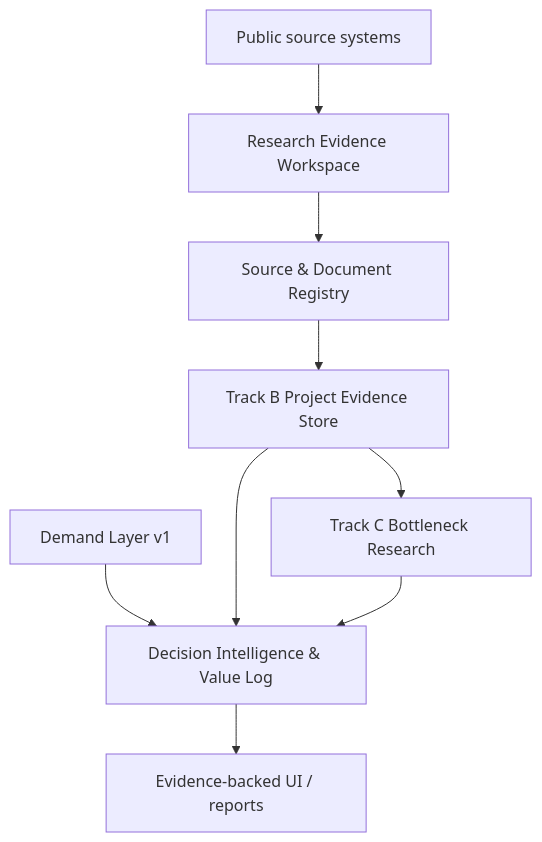
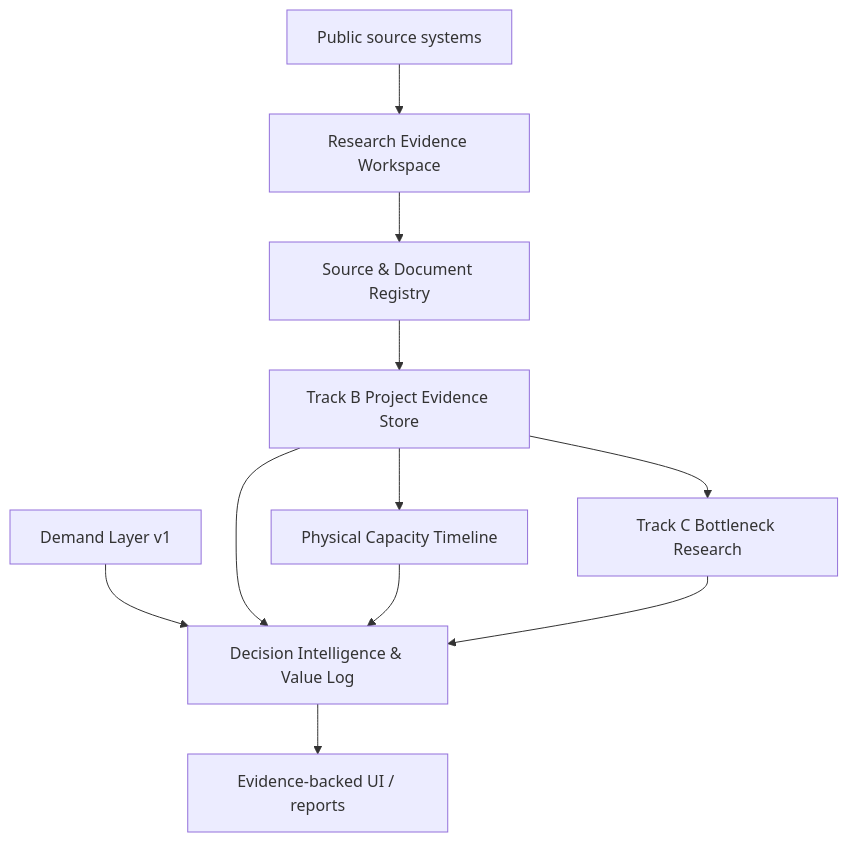
Before and after one commit to jimisu/ai-infrastructure-monitor: the second of 3 diagrams in docs/research/ai-infrastructure-observability/plan.md, drawn with Mermaid. The commit also changed other lines of this file, not shown here.

Commit message:
docs: prioritize confirmed AI capacity timeline

````diff
--- a/docs/research/ai-infrastructure-observability/plan.md
+++ b/docs/research/ai-infrastructure-observability/plan.md
@@ -43,11 +43,13 @@
 ```mermaid
 flowchart TB
     Sources["Public source systems"] --> Research["Research Evidence Workspace"]
     Research --> Registry["Source & Document Registry"]
     Registry --> TrackB["Track B Project Evidence Store"]
+    TrackB --> Timeline["Physical Capacity Timeline"]
     Demand["Demand Layer v1"] --> Decision["Decision Intelligence & Value Log"]
     TrackB --> Decision
+    Timeline --> Decision
     TrackB --> TrackC["Track C Bottleneck Research"]
     TrackC --> Decision
     Decision --> UI["Evidence-backed UI / reports"]
 ```
````
